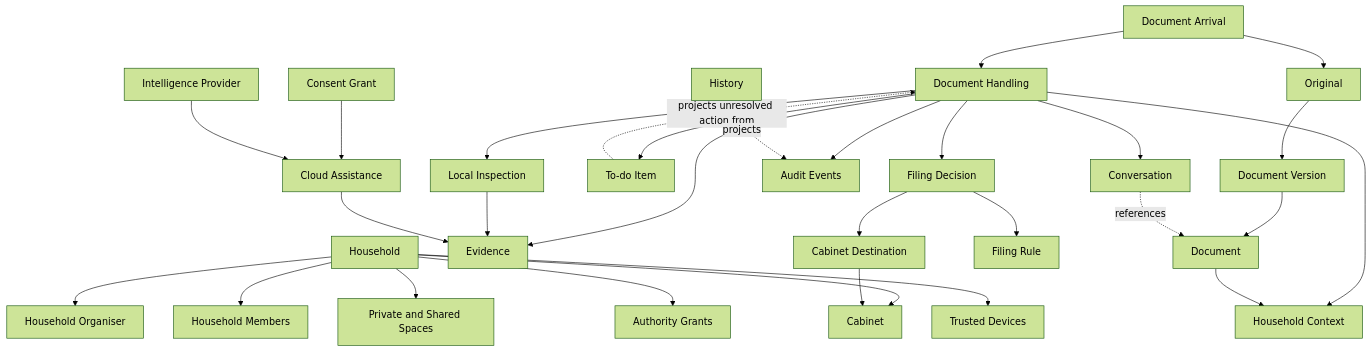
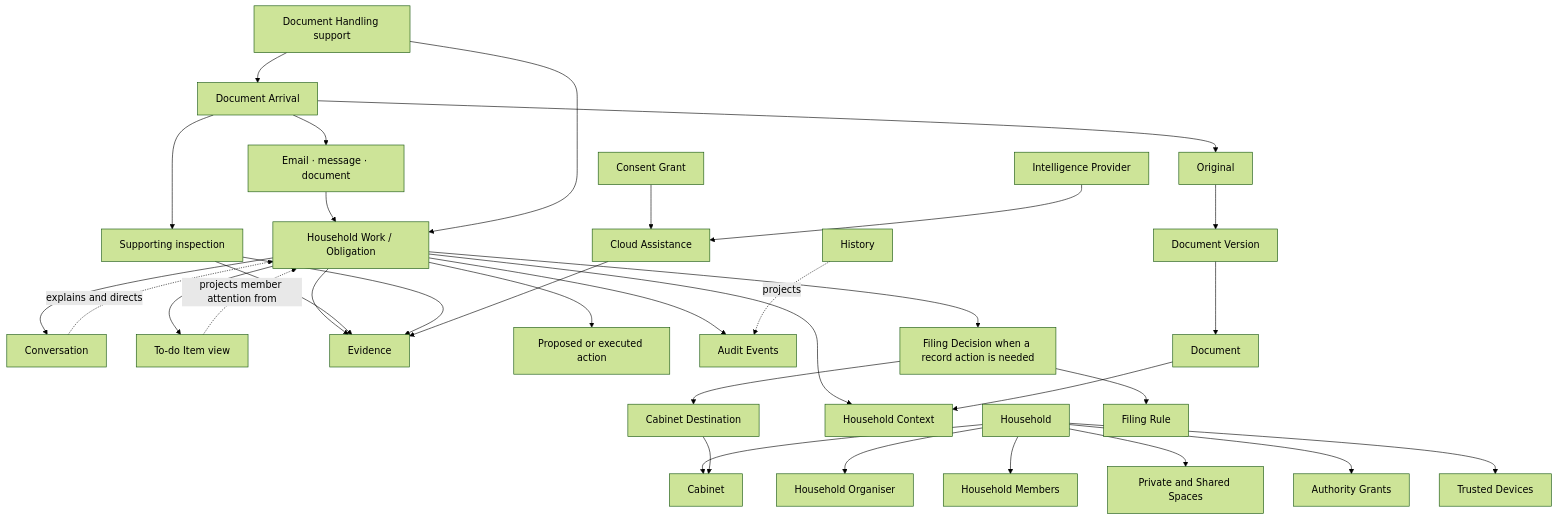
The second of 3 diagrams in docs/domain-model.md (yasserchehade/Luna), drawn with Mermaid (forest theme) before and after one commit. The commit also changed other lines of this file and 23 other files, not shown here.

````diff
--- a/docs/domain-model.md
+++ b/docs/domain-model.md
@@ -38,35 +39,40 @@
 ```mermaid
 flowchart TD
     Household --> Organiser["Household Organiser"]
     Household --> Members["Household Members"]
     Household --> Cabinet
     Household --> Spaces["Private and Shared Spaces"]
     Household --> Grants["Authority Grants"]
     Household --> Devices["Trusted Devices"]
 
-    Arrival["Document Arrival"] --> Handling["Document Handling"]
+    Source["Email · message · document"] --> Work["Household Work / Obligation"]
+    Work --> Conversation
+    Work --> Todo["To-do Item view"]
+    Work --> Evidence
+    Work --> Context["Household Context"]
+    Work --> Action["Proposed or executed action"]
+    Work --> Audit["Audit Events"]
+    Arrival["Document Arrival"] --> Source
     Arrival --> Original
-    Handling --> Inspection["Local Inspection"]
-    Handling --> Conversation
-    Handling --> Todo["To-do Item"]
-    Handling --> Evidence
-    Handling --> Context["Household Context"]
-    Handling --> Decision["Filing Decision"]
+    Arrival --> Inspection["Supporting inspection"]
+    Inspection --> Evidence
+    Handling["Document Handling support"] --> Arrival
+    Handling --> Work
+    Work --> Decision["Filing Decision when a record action is needed"]
     Decision --> Destination["Cabinet Destination"]
     Decision --> Rule["Filing Rule"]
-    Handling --> Audit["Audit Events"]
 
     Original --> Version["Document Version"]
     Version --> Document
     Document --> Context
     Destination --> Cabinet
 
     Inspection --> Evidence
     Assistance["Cloud Assistance"] --> Evidence
     Consent["Consent Grant"] --> Assistance
     Intelligence["Intelligence Provider"] --> Assistance
 
-    Conversation -. references .-> Document
-    Todo -. projects unresolved action from .-> Handling
+    Conversation -. explains and directs .-> Work
+    Todo -. projects member attention from .-> Work
     History -. projects .-> Audit
 ```
````
